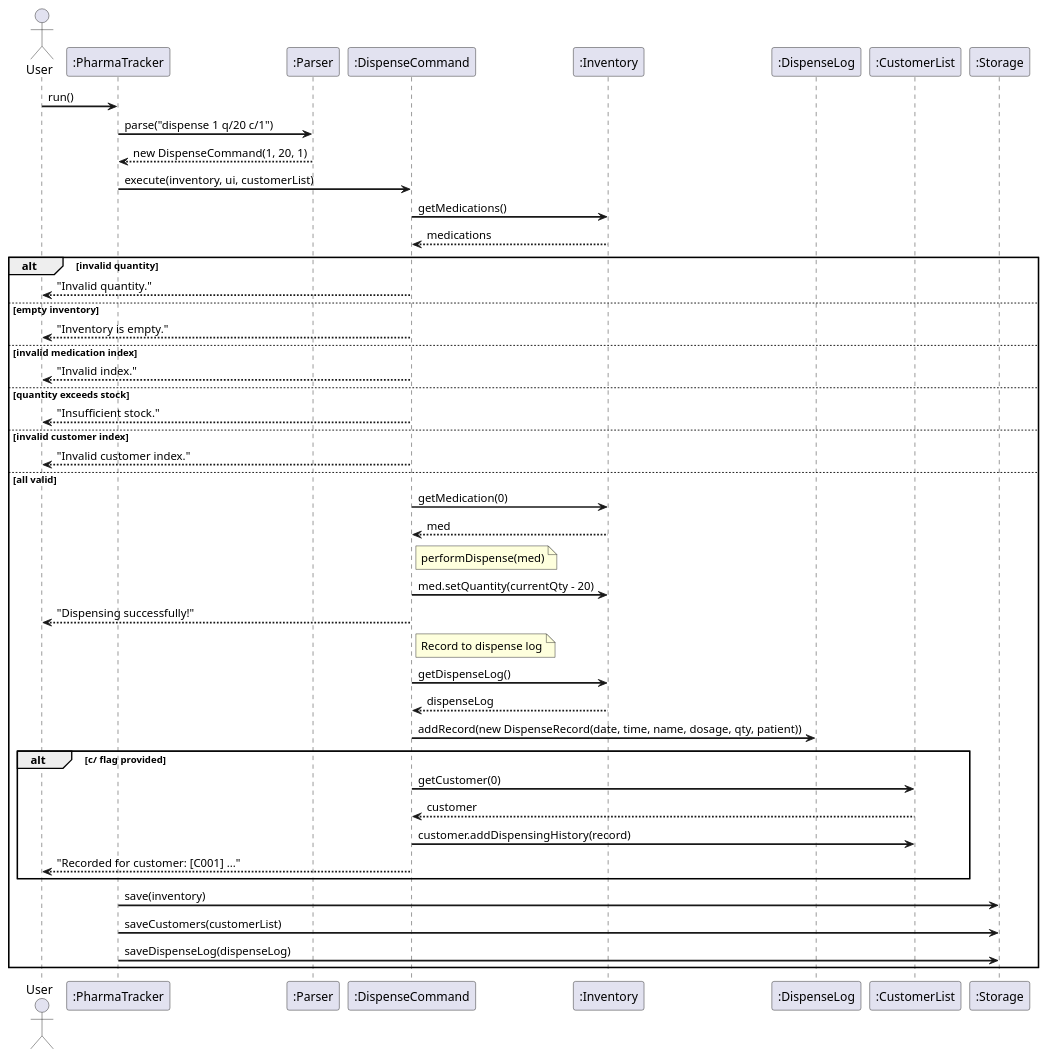
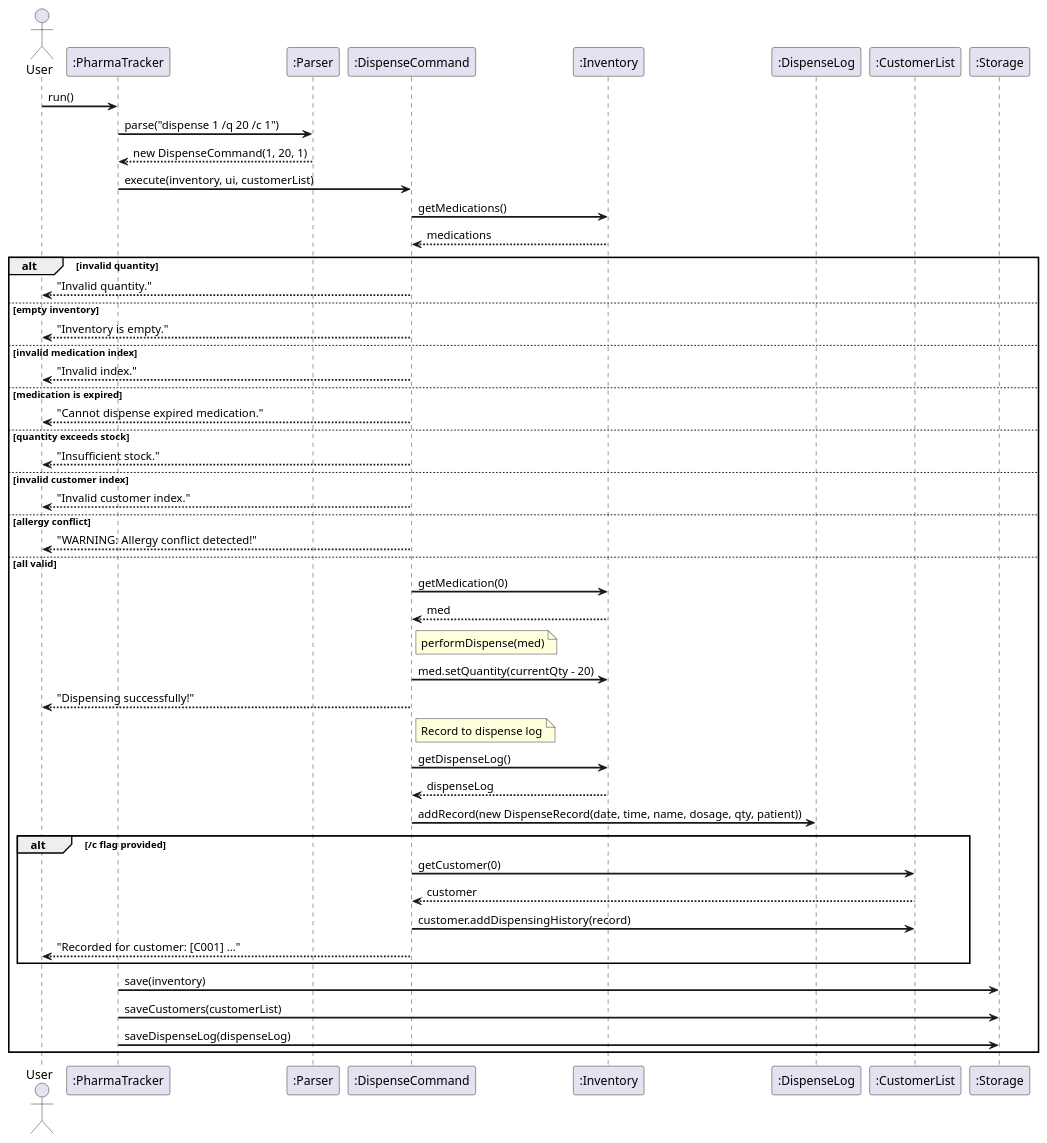
Before and after one commit to Yaqi66/tp: the diagram in docs/diagrams/DispenseCommandSequence.puml, drawn with PlantUML. The commit also changed 7 other files, not shown here.

Commit message:
Block dispensing expired medication and sync dispense docs/diagrams

```diff
--- a/docs/diagrams/DispenseCommandSequence.puml
+++ b/docs/diagrams/DispenseCommandSequence.puml
@@ -1,54 +1,58 @@
 @startuml
 skinparam backgroundColor white
 skinparam sequenceArrowThickness 2
 
 actor User
 participant ":PharmaTracker" as PT
 participant ":Parser" as Parser
 participant ":DispenseCommand" as Cmd
 participant ":Inventory" as Inv
 participant ":DispenseLog" as Log
 participant ":CustomerList" as CustList
 participant ":Storage" as Storage
 
 User -> PT : run()
-PT -> Parser : parse("dispense 1 q/20 c/1")
+PT -> Parser : parse("dispense 1 /q 20 /c 1")
 Parser --> PT : new DispenseCommand(1, 20, 1)
 PT -> Cmd : execute(inventory, ui, customerList)
 Cmd -> Inv : getMedications()
 Inv --> Cmd : medications
 
 alt invalid quantity
     Cmd --> User : "Invalid quantity."
 else empty inventory
     Cmd --> User : "Inventory is empty."
 else invalid medication index
     Cmd --> User : "Invalid index."
+else medication is expired
+    Cmd --> User : "Cannot dispense expired medication."
 else quantity exceeds stock
     Cmd --> User : "Insufficient stock."
 else invalid customer index
     Cmd --> User : "Invalid customer index."
+else allergy conflict
+    Cmd --> User : "WARNING: Allergy conflict detected!"
 else all valid
     Cmd -> Inv : getMedication(0)
     Inv --> Cmd : med
     note right of Cmd : performDispense(med)
     Cmd -> Inv : med.setQuantity(currentQty - 20)
     Cmd --> User : "Dispensing successfully!"
 
     note right of Cmd : Record to dispense log
     Cmd -> Inv : getDispenseLog()
     Inv --> Cmd : dispenseLog
     Cmd -> Log : addRecord(new DispenseRecord(date, time, name, dosage, qty, patient))
 
-    alt c/ flag provided
+    alt /c flag provided
         Cmd -> CustList : getCustomer(0)
         CustList --> Cmd : customer
         Cmd -> CustList : customer.addDispensingHistory(record)
         Cmd --> User : "Recorded for customer: [C001] ..."
     end
 
     PT -> Storage : save(inventory)
     PT -> Storage : saveCustomers(customerList)
     PT -> Storage : saveDispenseLog(dispenseLog)
 end
 @enduml
```
